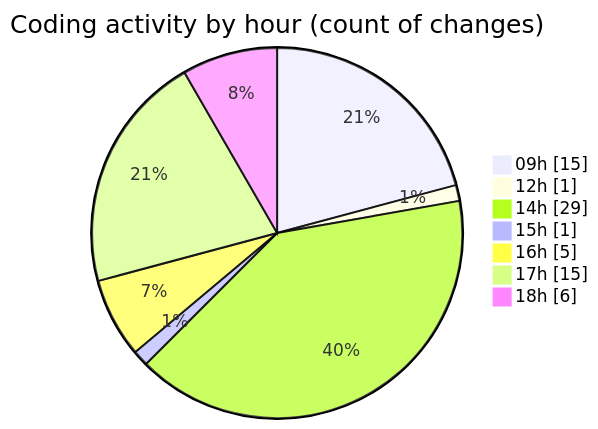
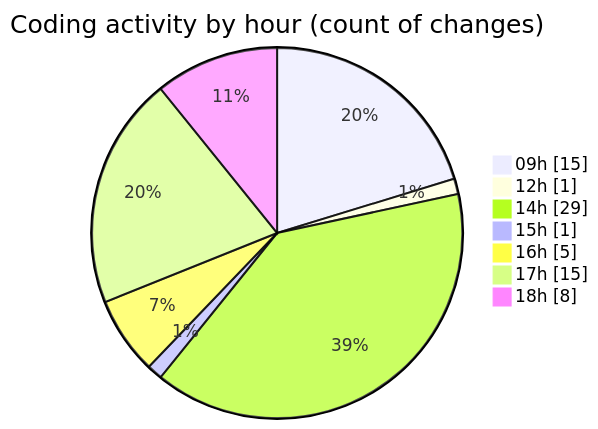
Before and after one commit to momahboobian/code-tracking: the second of 2 diagrams in 2026-09-08/cda/README.md, drawn with Mermaid. The commit also changed other lines of this file and 1 other file, not shown here.

````diff
--- a/2026-09-08/cda/README.md
+++ b/2026-09-08/cda/README.md
@@ -61,11 +61,11 @@
 ```mermaid
 pie showData
 title Coding activity by hour (count of changes)
 "09h" : 15
 "12h" : 1
 "14h" : 29
 "15h" : 1
 "16h" : 5
 "17h" : 15
-"18h" : 6
+"18h" : 8
 ```
````
